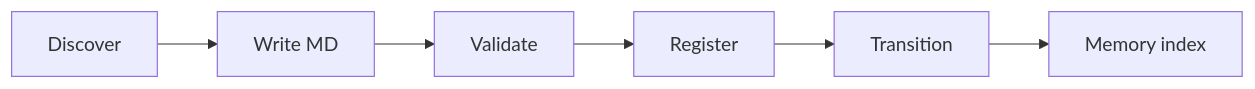
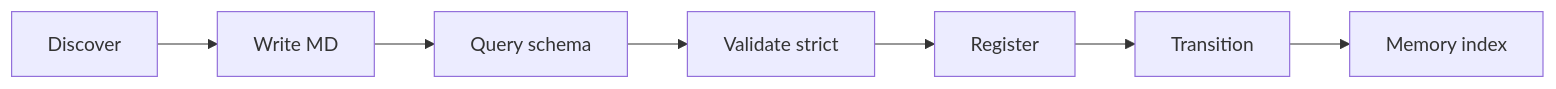
The diagram in docs/AGENT_WORKFLOW.md (sunnyang1/adl-lite), drawn with Mermaid before and after one commit. The commit also changed other lines of this file and 41 other files, not shown here.

````diff
--- a/docs/AGENT_WORKFLOW.md
+++ b/docs/AGENT_WORKFLOW.md
@@ -7,8 +7,9 @@
 ```mermaid
 flowchart LR
   D[Discover] --> W[Write MD]
-  W --> V[Validate]
+  W --> Q[Query schema]
+  Q --> V[Validate strict]
   V --> R[Register]
   R --> T[Transition]
   T --> M[Memory index]
 ```
````
